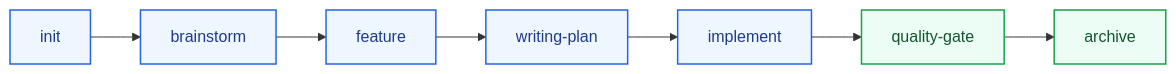
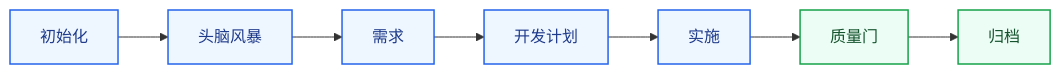
The diagram in website/使用指南/reference/commands.md (fastknifes/openflow), drawn with Mermaid before and after one commit. The commit also changed other lines of this file and 24 other files, not shown here.

````diff
--- a/website/使用指南/reference/commands.md
+++ b/website/使用指南/reference/commands.md
@@ -11,14 +11,14 @@
 ```mermaid
 flowchart LR
-    A[init] --> B[brainstorm]
-    B --> C[feature]
-    C --> D[writing-plan]
-    D --> E[implement]
-    E --> F[quality-gate]
-    F --> G[archive]
+    A[初始化] --> B[头脑风暴]
+    B --> C[需求]
+    C --> D[开发计划]
+    D --> E[实施]
+    E --> F[质量门]
+    F --> G[归档]
 
     classDef main fill:#eef6ff,stroke:#2563eb,color:#1e3a8a,stroke-width:1.5px;
     classDef success fill:#ecfdf5,stroke:#16a34a,color:#14532d,stroke-width:1.5px;
     class A,B,C,D,E main;
     class F,G success;
 ```
````
